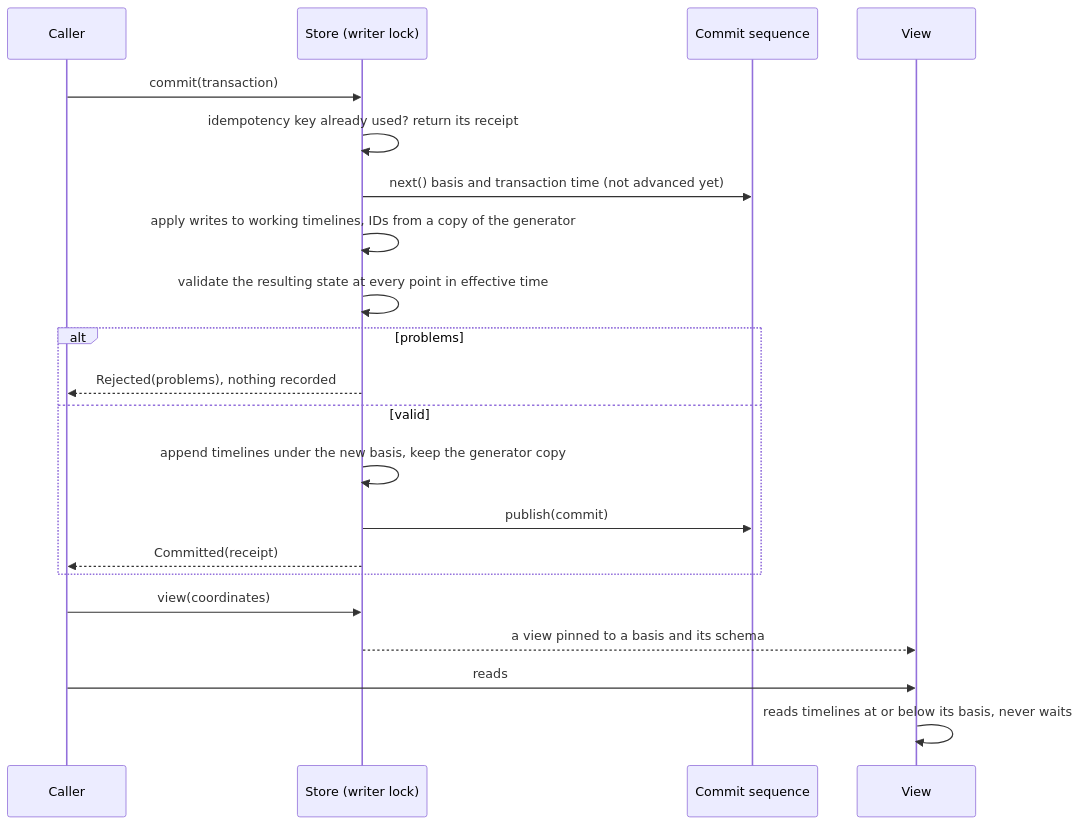
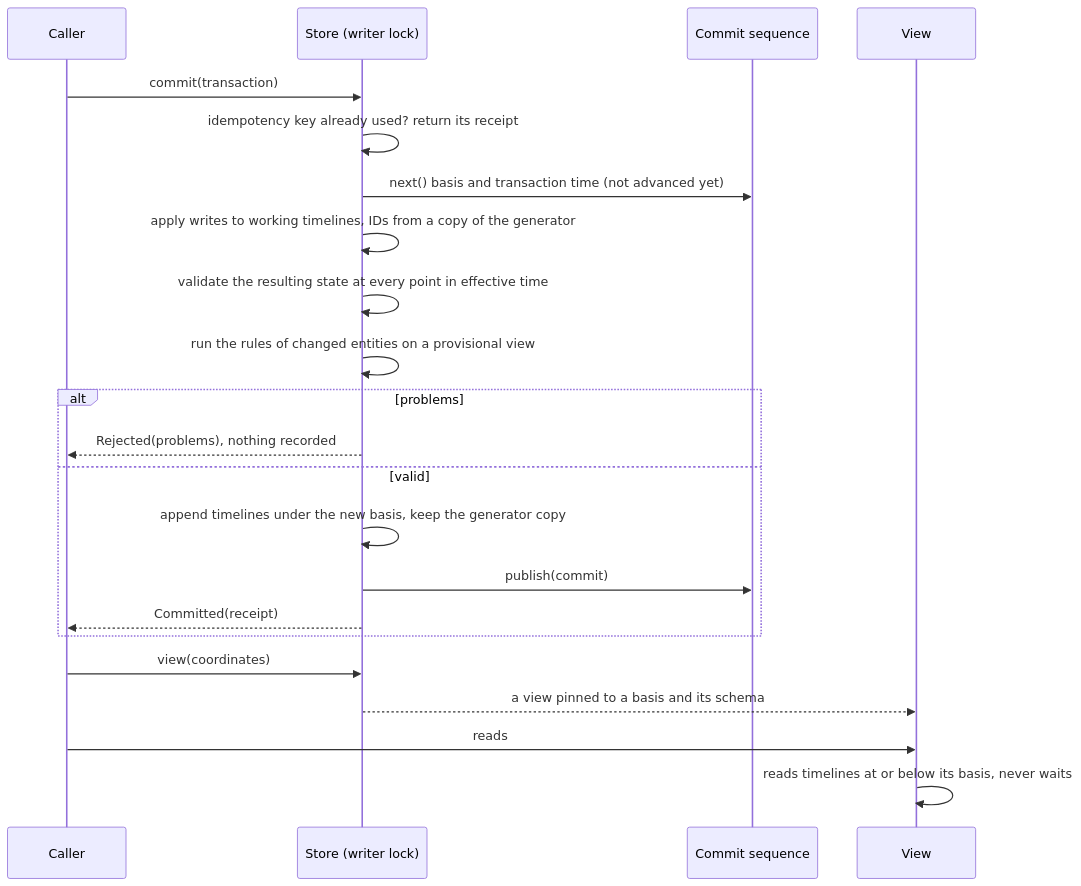
Before and after one commit to enricoag1982/Cairn: the third of 3 diagrams in docs/architecture/README.md, drawn with Mermaid. The commit also changed other lines of this file and 40 other files, not shown here.

First line of the commit message:
feat: run Java rules at commit

````diff
--- a/docs/architecture/README.md
+++ b/docs/architecture/README.md
@@ -87,23 +87,24 @@
 ```mermaid
 sequenceDiagram
     participant C as Caller
     participant S as Store (writer lock)
     participant Q as Commit sequence
     participant V as View
     C->>S: commit(transaction)
     S->>S: idempotency key already used? return its receipt
     S->>Q: next() basis and transaction time (not advanced yet)
     S->>S: apply writes to working timelines, IDs from a copy of the generator
     S->>S: validate the resulting state at every point in effective time
+    S->>S: run the rules of changed entities on a provisional view
     alt problems
         S-->>C: Rejected(problems), nothing recorded
     else valid
         S->>S: append timelines under the new basis, keep the generator copy
         S->>Q: publish(commit)
         S-->>C: Committed(receipt)
     end
     C->>S: view(coordinates)
     S-->>V: a view pinned to a basis and its schema
     C->>V: reads
     V->>V: reads timelines at or below its basis, never waits
 ```
````
